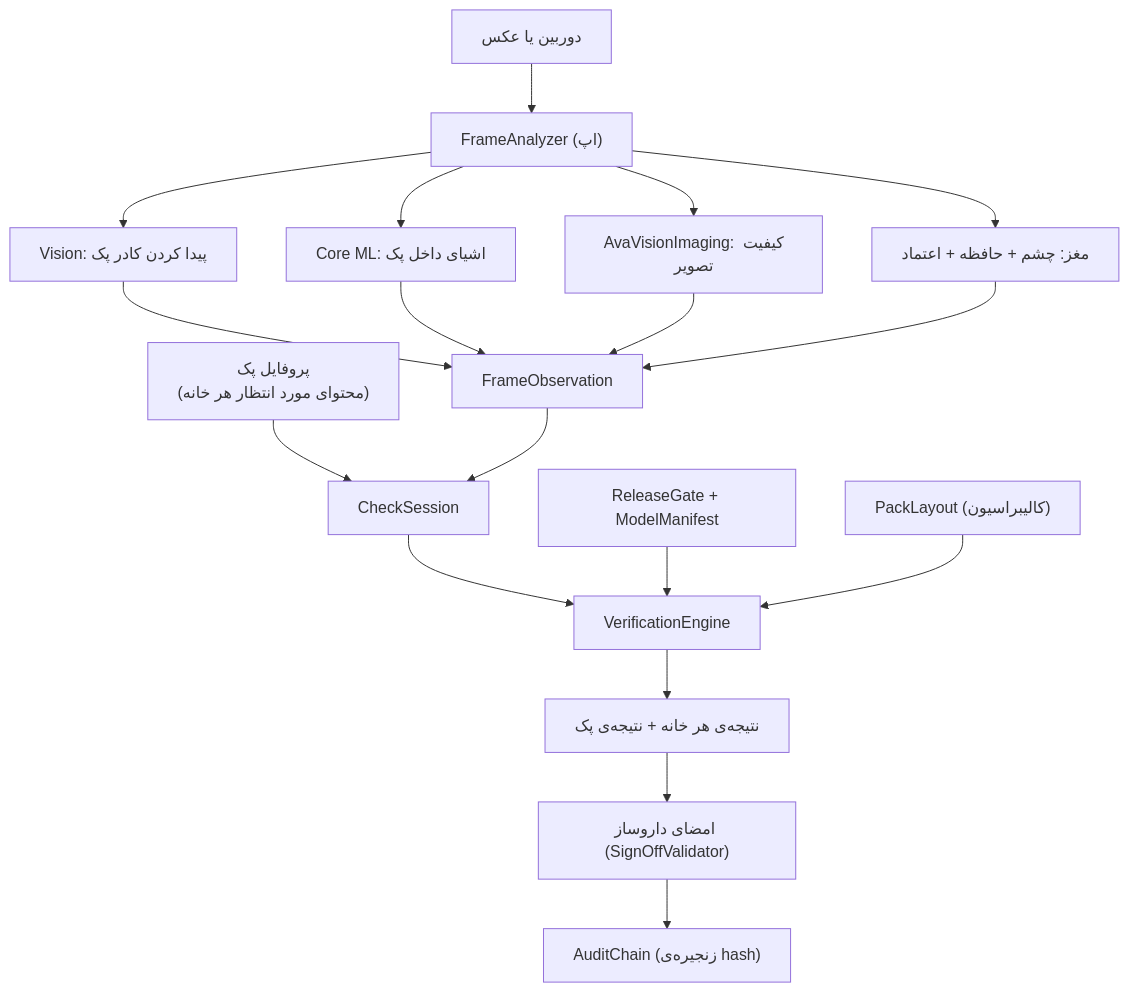
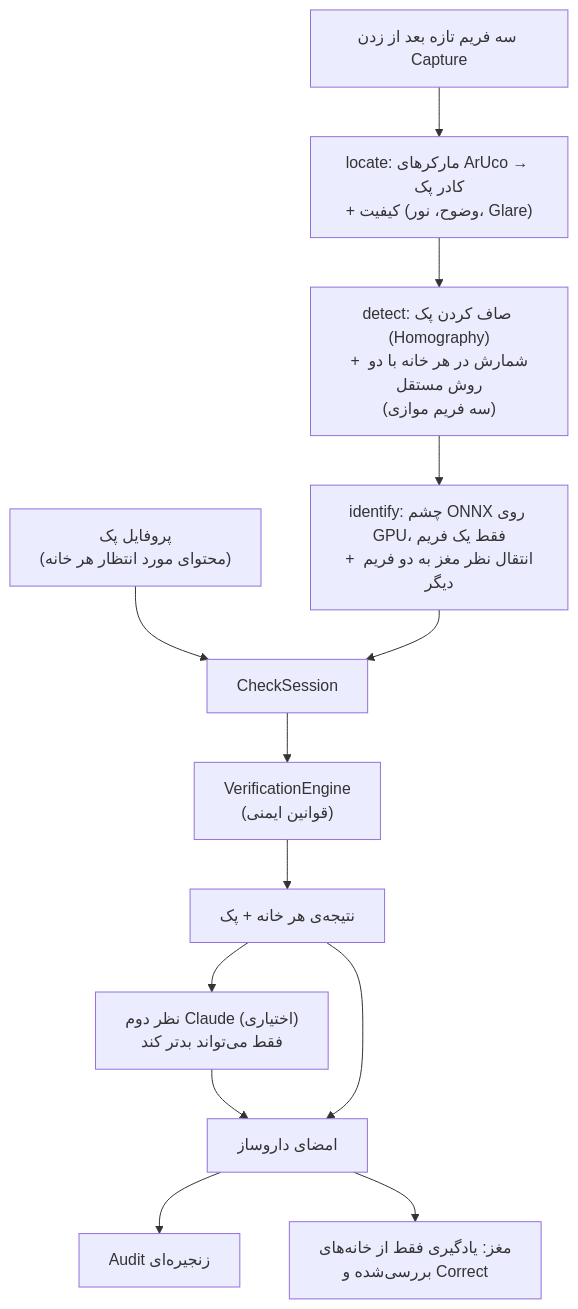
Before and after one commit to masoudkhataminia/Avavision-new: the second of 2 diagrams in docs/ARCHITECTURE_FA.md, drawn with Mermaid. The commit also changed other lines of this file and 21 other files, not shown here.

````diff
--- a/docs/ARCHITECTURE_FA.md
+++ b/docs/ARCHITECTURE_FA.md
@@ -5,20 +20,15 @@
 ```mermaid
 flowchart TD
     P["پروفایل پک<br/>(محتوای مورد انتظار هر خانه)"] --> S
-    C["دوربین یا عکس"] --> F["FrameAnalyzer (اپ)"]
-    F --> R["Vision: پیدا کردن کادر پک"]
-    F --> M["Core ML: اشیای داخل پک"]
-    F --> Q["AvaVisionImaging: کیفیت تصویر"]
-    R --> O["FrameObservation"]
-    M --> O
-    Q --> O
-    F --> B["مغز: چشم + حافظه + اعتماد"]
-    B --> O
-    O --> S["CheckSession"]
-    S --> E["VerificationEngine"]
-    G["ReleaseGate + ModelManifest"] --> E
-    L["PackLayout (کالیبراسیون)"] --> E
-    E --> V["نتیجه‌ی هر خانه + نتیجه‌ی پک"]
-    V --> D["امضای داروساز (SignOffValidator)"]
-    D --> A["AuditChain (زنجیره‌ی hash)"]
+    G["سه فریم تازه بعد از زدن Capture"] --> L["locate: مارکرهای ArUco → کادر پک<br/>+ کیفیت (وضوح، نور، Glare)"]
+    L --> D["detect: صاف کردن پک (Homography)<br/>+ شمارش در هر خانه با دو روش مستقل<br/>(سه فریم موازی)"]
+    D --> I["identify: چشم ONNX روی GPU، فقط یک فریم<br/>+ انتقال نظر مغز به دو فریم دیگر"]
+    I --> S["CheckSession"]
+    S --> E["VerificationEngine<br/>(قوانین ایمنی)"]
+    E --> R["نتیجه‌ی هر خانه + پک"]
+    R --> A["نظر دوم Claude (اختیاری)<br/>فقط می‌تواند بدتر کند"]
+    A --> SO["امضای داروساز"]
+    R --> SO
+    SO --> AU["Audit زنجیره‌ای"]
+    SO --> BR["مغز: یادگیری فقط از خانه‌های<br/>بررسی‌شده و Correct"]
 ```
````
